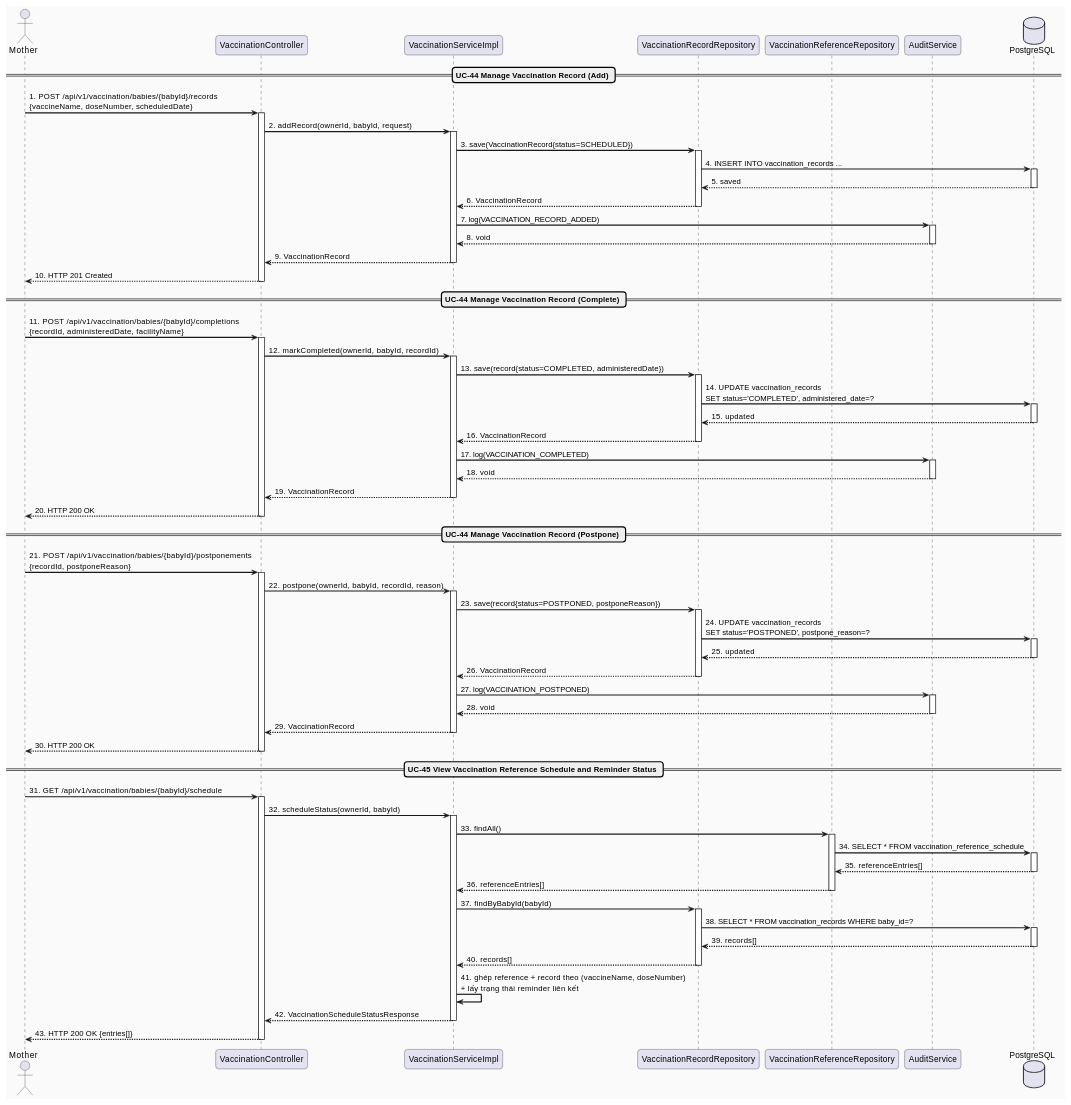
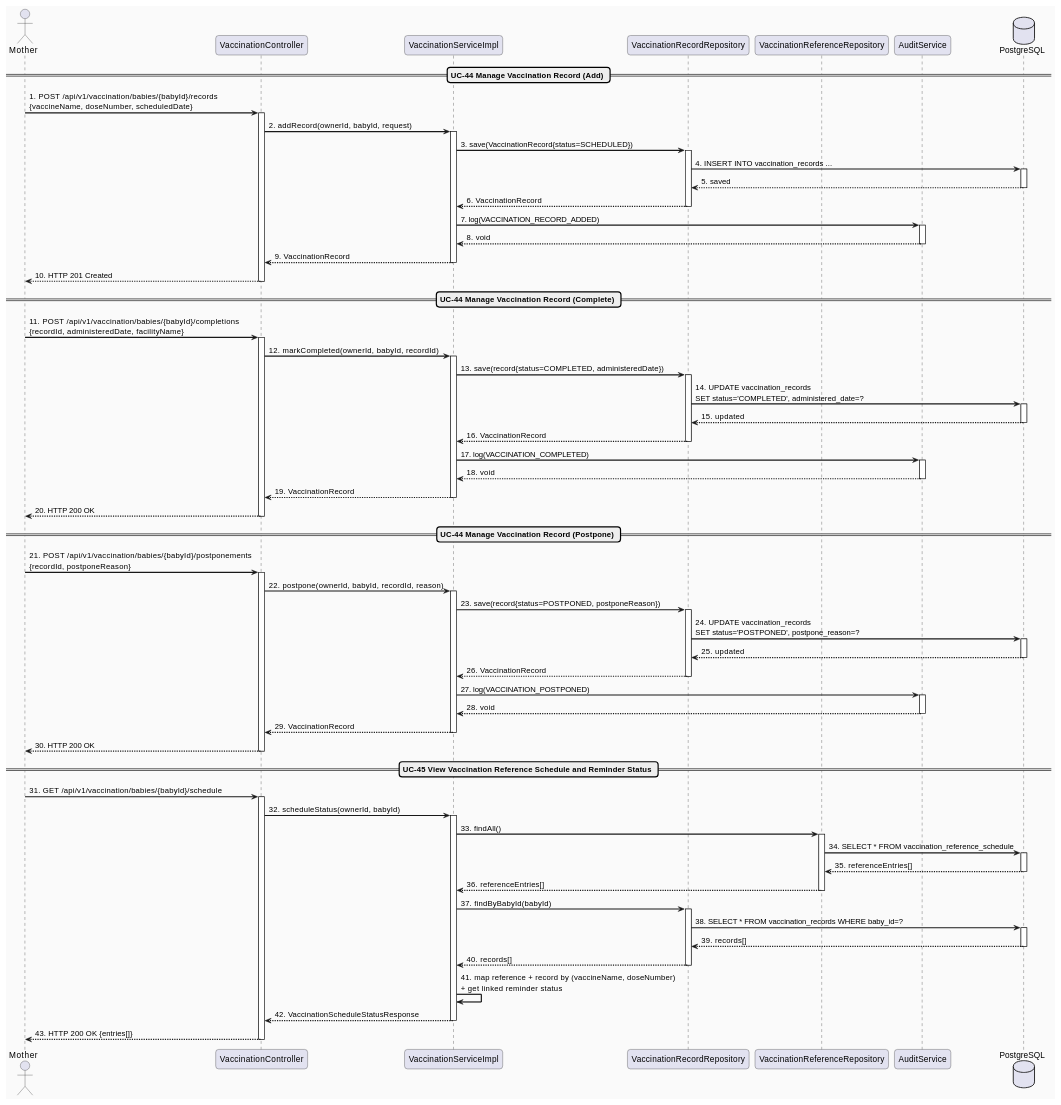
Before and after one commit to ChuongBDHE172784/CareBridge_SEP490_G79: the second of 3 diagrams in docs/Detailed_Design/MF03_Baby_Care_Growth_Vaccination/03_Vaccination_Record_Reminder_Management.md, drawn with PlantUML. The commit also changed 49 other files, not shown here.

Commit message:
docs: translate technical design documentation and sequence diagrams to English

```diff
--- a/docs/Detailed_Design/MF03_Baby_Care_Growth_Vaccination/03_Vaccination_Record_Reminder_Management.md
+++ b/docs/Detailed_Design/MF03_Baby_Care_Growth_Vaccination/03_Vaccination_Record_Reminder_Management.md
@@ -208,7 +208,7 @@
 deactivate DB
 RecordRepo --> Service : 40. records[]
 deactivate RecordRepo
-Service -> Service : 41. ghép reference + record theo (vaccineName, doseNumber)\n+ lấy trạng thái reminder liên kết
+Service -> Service : 41. map reference + record by (vaccineName, doseNumber)\n+ get linked reminder status
 Service --> Controller : 42. VaccinationScheduleStatusResponse
 deactivate Service
 Controller --> M : 43. HTTP 200 OK {entries[]}
```
